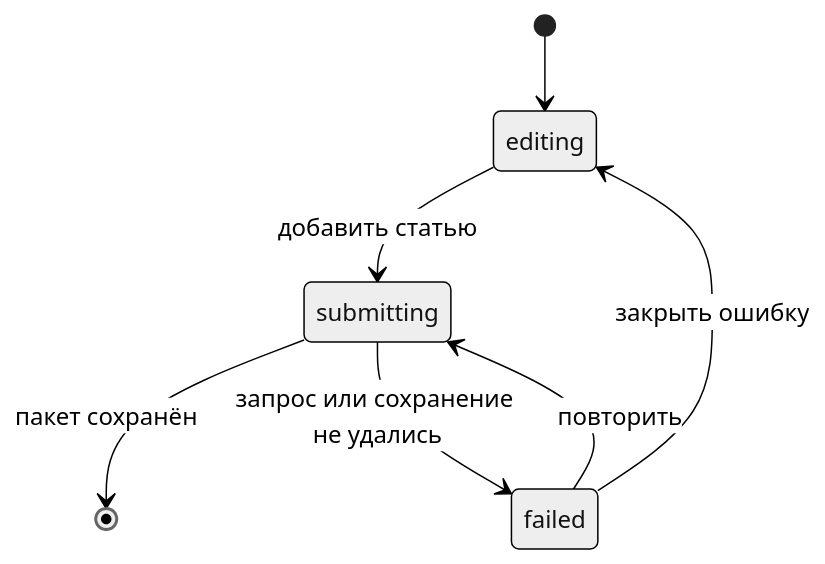
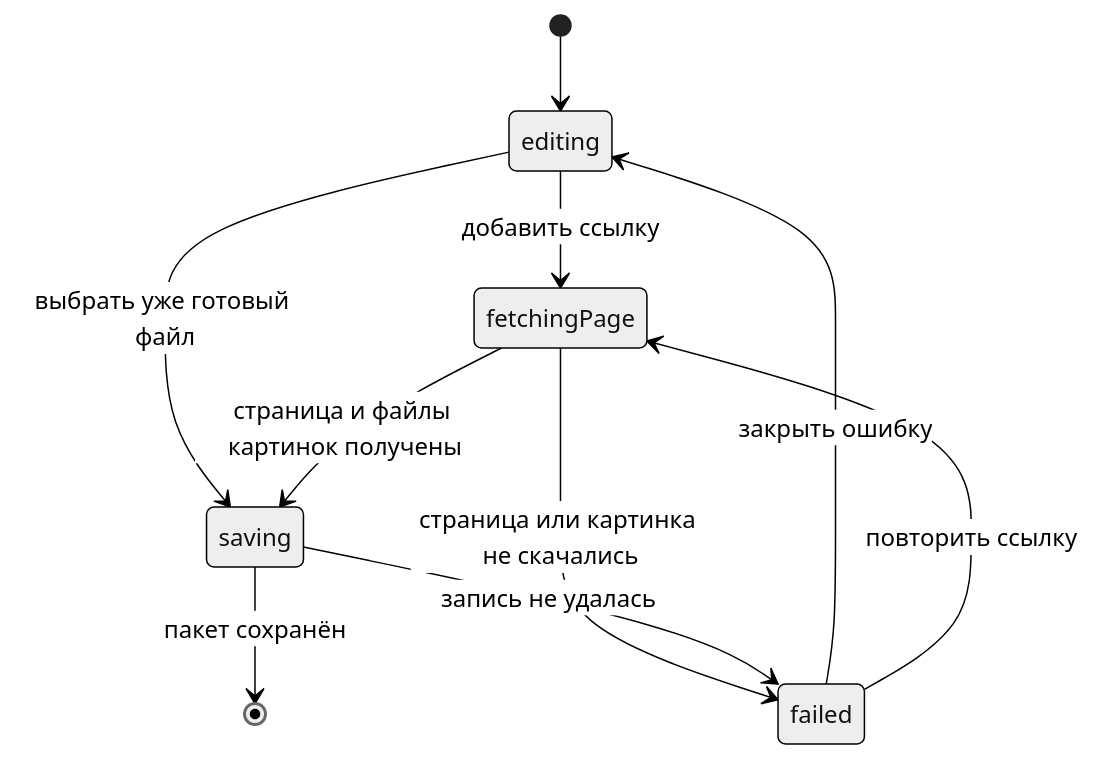
Before and after one commit to vladkalinichencko/fnmn-app: the fourth of 9 diagrams in APP_SPEC.md, drawn with Mermaid (neutral theme). The commit also changed other lines of this file and 19 other files, not shown here.

````diff
--- a/APP_SPEC.md
+++ b/APP_SPEC.md
@@ -150,9 +150,12 @@
 ```mermaid
 stateDiagram-v2
     [*] --> editing
-    editing --> submitting: добавить статью
-    submitting --> [*]: пакет сохранён
-    submitting --> failed: запрос или сохранение не удались
+    editing --> fetchingPage: добавить ссылку
+    editing --> saving: выбрать уже готовый файл
+    fetchingPage --> saving: страница и файлы картинок получены
+    saving --> [*]: пакет сохранён
+    fetchingPage --> failed: страница или картинка не скачались
+    saving --> failed: запись не удалась
     failed --> editing: закрыть ошибку
-    failed --> submitting: повторить
+    failed --> fetchingPage: повторить ссылку
 ```
````
